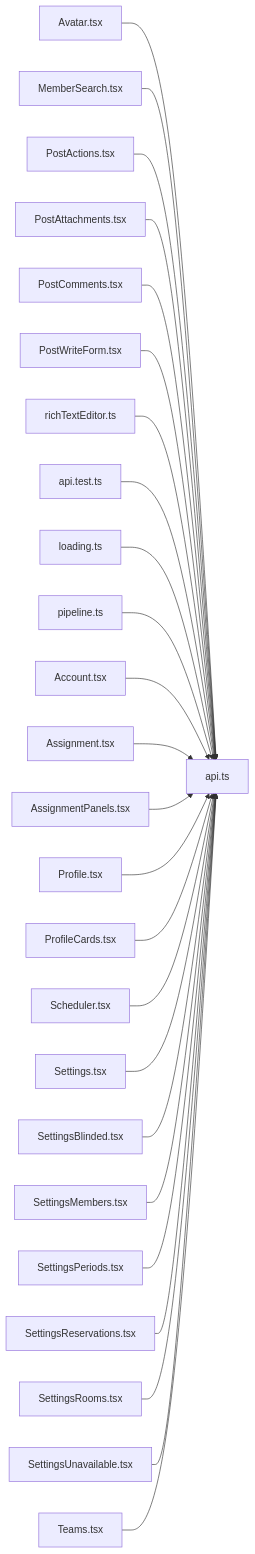
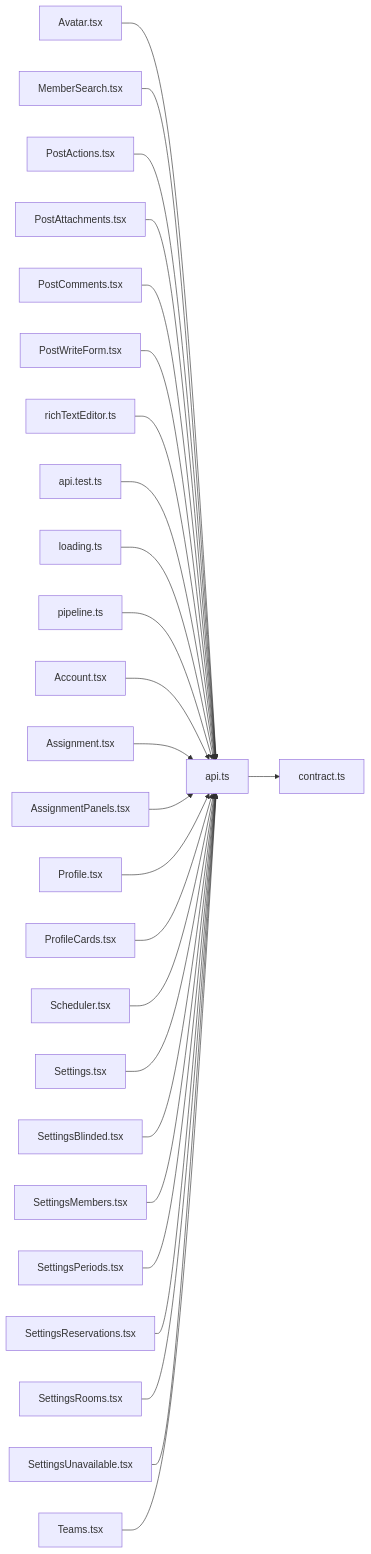
Before and after one commit to minkong-dev/Banblit: the diagram in .cluedoc/graph/frontend/src/lib/api.md, drawn with Mermaid. The commit also changed other lines of this file and 47 other files, not shown here.

````diff
--- a/.cluedoc/graph/frontend/src/lib/api.md
+++ b/.cluedoc/graph/frontend/src/lib/api.md
@@ -10,28 +10,29 @@
 ```mermaid
 flowchart LR
   frontend_src_lib_api["api.ts"]
+  frontend_src_lib_api --> frontend_src_lib_contract["contract.ts"]
   frontend_src_components_Avatar["Avatar.tsx"] --> frontend_src_lib_api
   frontend_src_components_MemberSearch["MemberSearch.tsx"] --> frontend_src_lib_api
   frontend_src_components_PostActions["PostActions.tsx"] --> frontend_src_lib_api
   frontend_src_components_PostAttachments["PostAttachments.tsx"] --> frontend_src_lib_api
   frontend_src_components_PostComments["PostComments.tsx"] --> frontend_src_lib_api
   frontend_src_components_PostWriteForm["PostWriteForm.tsx"] --> frontend_src_lib_api
   frontend_src_components_richTextEditor["richTextEditor.ts"] --> frontend_src_lib_api
   frontend_src_lib_api_test["api.test.ts"] --> frontend_src_lib_api
   frontend_src_lib_loading["loading.ts"] --> frontend_src_lib_api
   frontend_src_lib_pipeline["pipeline.ts"] --> frontend_src_lib_api
   frontend_src_routes_Account["Account.tsx"] --> frontend_src_lib_api
   frontend_src_routes_Assignment["Assignment.tsx"] --> frontend_src_lib_api
   frontend_src_routes_AssignmentPanels["AssignmentPanels.tsx"] --> frontend_src_lib_api
   frontend_src_routes_Profile["Profile.tsx"] --> frontend_src_lib_api
   frontend_src_routes_ProfileCards["ProfileCards.tsx"] --> frontend_src_lib_api
   frontend_src_routes_Scheduler["Scheduler.tsx"] --> frontend_src_lib_api
   frontend_src_routes_Settings["Settings.tsx"] --> frontend_src_lib_api
   frontend_src_routes_SettingsBlinded["SettingsBlinded.tsx"] --> frontend_src_lib_api
   frontend_src_routes_SettingsMembers["SettingsMembers.tsx"] --> frontend_src_lib_api
   frontend_src_routes_SettingsPeriods["SettingsPeriods.tsx"] --> frontend_src_lib_api
   frontend_src_routes_SettingsReservations["SettingsReservations.tsx"] --> frontend_src_lib_api
   frontend_src_routes_SettingsRooms["SettingsRooms.tsx"] --> frontend_src_lib_api
   frontend_src_routes_SettingsUnavailable["SettingsUnavailable.tsx"] --> frontend_src_lib_api
   frontend_src_routes_Teams["Teams.tsx"] --> frontend_src_lib_api
 ```
````
